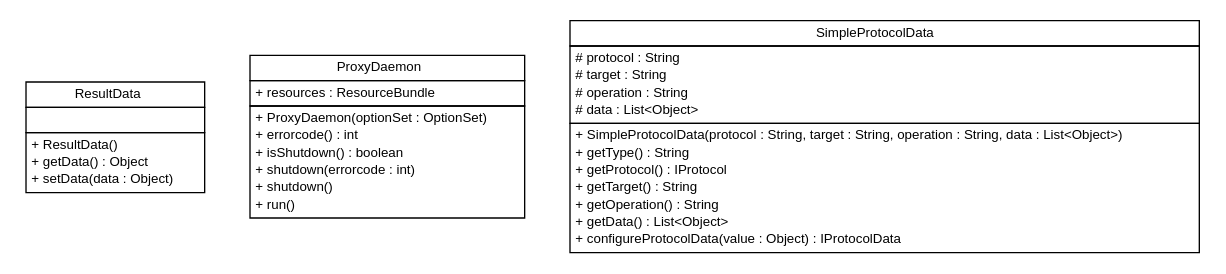
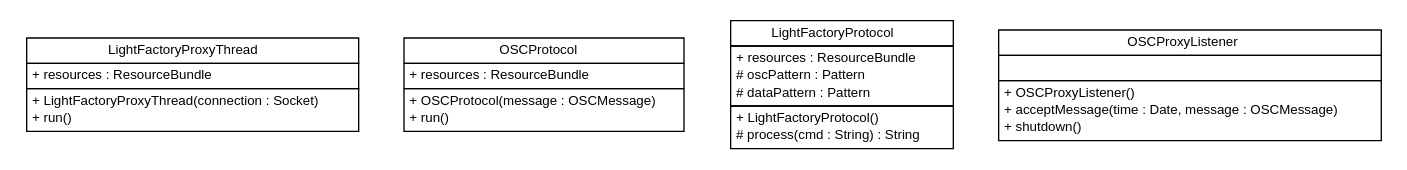
One commit to pcross616/lf-osc-proxy changed the diagram in apidocs/com/xley/lfosc/impl/com.xley.lfosc.impl.dot. Above: the diagram before and after it, drawn with Graphviz. The commit also changed 400 other files, not shown here.

```diff
--- a/apidocs/com/xley/lfosc/impl/com.xley.lfosc.impl.dot
+++ b/apidocs/com/xley/lfosc/impl/com.xley.lfosc.impl.dot
@@ -1,64 +1,67 @@
 #!/usr/local/bin/dot
 #
 # Class diagram 
 # Generated by UMLGraph version R5_6 (http://www.umlgraph.org/)
 #
 
 digraph G {
 	edge [fontname="Helvetica",fontsize=10,labelfontname="Helvetica",labelfontsize=10];
 	node [fontname="Helvetica",fontsize=10,shape=plaintext];
 	nodesep=0.25;
 	ranksep=0.5;
-	// com.xley.lfosc.impl.ResultData
-	c239 [label=<<table title="com.xley.lfosc.impl.ResultData" border="0" cellborder="1" cellspacing="0" cellpadding="2" port="p" href="./ResultData.html">
+	// com.xley.lfosc.impl.LightFactoryProxyThread
+	c9 [label=<<table title="com.xley.lfosc.impl.LightFactoryProxyThread" border="0" cellborder="1" cellspacing="0" cellpadding="2" port="p" href="./LightFactoryProxyThread.html">
 		<tr><td><table border="0" cellspacing="0" cellpadding="1">
-<tr><td align="center" balign="center"> ResultData </td></tr>
+<tr><td align="center" balign="center"> LightFactoryProxyThread </td></tr>
+		</table></td></tr>
+		<tr><td><table border="0" cellspacing="0" cellpadding="1">
+<tr><td align="left" balign="left"> + resources : ResourceBundle </td></tr>
+		</table></td></tr>
+		<tr><td><table border="0" cellspacing="0" cellpadding="1">
+<tr><td align="left" balign="left"> + LightFactoryProxyThread(connection : Socket) </td></tr>
+<tr><td align="left" balign="left"> + run() </td></tr>
+		</table></td></tr>
+		</table>>, URL="./LightFactoryProxyThread.html", fontname="Helvetica", fontcolor="black", fontsize=10.0];
+	// com.xley.lfosc.impl.OSCProtocol
+	c10 [label=<<table title="com.xley.lfosc.impl.OSCProtocol" border="0" cellborder="1" cellspacing="0" cellpadding="2" port="p" href="./OSCProtocol.html">
+		<tr><td><table border="0" cellspacing="0" cellpadding="1">
+<tr><td align="center" balign="center"> OSCProtocol </td></tr>
+		</table></td></tr>
+		<tr><td><table border="0" cellspacing="0" cellpadding="1">
+<tr><td align="left" balign="left"> + resources : ResourceBundle </td></tr>
+		</table></td></tr>
+		<tr><td><table border="0" cellspacing="0" cellpadding="1">
+<tr><td align="left" balign="left"> + OSCProtocol(message : OSCMessage) </td></tr>
+<tr><td align="left" balign="left"> + run() </td></tr>
+		</table></td></tr>
+		</table>>, URL="./OSCProtocol.html", fontname="Helvetica", fontcolor="black", fontsize=10.0];
+	// com.xley.lfosc.impl.LightFactoryProtocol
+	c11 [label=<<table title="com.xley.lfosc.impl.LightFactoryProtocol" border="0" cellborder="1" cellspacing="0" cellpadding="2" port="p" href="./LightFactoryProtocol.html">
+		<tr><td><table border="0" cellspacing="0" cellpadding="1">
+<tr><td align="center" balign="center"> LightFactoryProtocol </td></tr>
+		</table></td></tr>
+		<tr><td><table border="0" cellspacing="0" cellpadding="1">
+<tr><td align="left" balign="left"> + resources : ResourceBundle </td></tr>
+<tr><td align="left" balign="left"> # oscPattern : Pattern </td></tr>
+<tr><td align="left" balign="left"> # dataPattern : Pattern </td></tr>
+		</table></td></tr>
+		<tr><td><table border="0" cellspacing="0" cellpadding="1">
+<tr><td align="left" balign="left"> + LightFactoryProtocol() </td></tr>
+<tr><td align="left" balign="left"> # process(cmd : String) : String </td></tr>
+		</table></td></tr>
+		</table>>, URL="./LightFactoryProtocol.html", fontname="Helvetica", fontcolor="black", fontsize=10.0];
+	// com.xley.lfosc.impl.OSCProxyListener
+	c12 [label=<<table title="com.xley.lfosc.impl.OSCProxyListener" border="0" cellborder="1" cellspacing="0" cellpadding="2" port="p" href="./OSCProxyListener.html">
+		<tr><td><table border="0" cellspacing="0" cellpadding="1">
+<tr><td align="center" balign="center"> OSCProxyListener </td></tr>
 		</table></td></tr>
 		<tr><td><table border="0" cellspacing="0" cellpadding="1">
 <tr><td align="left" balign="left">  </td></tr>
 		</table></td></tr>
 		<tr><td><table border="0" cellspacing="0" cellpadding="1">
-<tr><td align="left" balign="left"> + ResultData() </td></tr>
-<tr><td align="left" balign="left"> + getData() : Object </td></tr>
-<tr><td align="left" balign="left"> + setData(data : Object) </td></tr>
+<tr><td align="left" balign="left"> + OSCProxyListener() </td></tr>
+<tr><td align="left" balign="left"> + acceptMessage(time : Date, message : OSCMessage) </td></tr>
+<tr><td align="left" balign="left"> + shutdown() </td></tr>
 		</table></td></tr>
-		</table>>, URL="./ResultData.html", fontname="Helvetica", fontcolor="black", fontsize=10.0];
-	// com.xley.lfosc.impl.ProxyDaemon
-	c240 [label=<<table title="com.xley.lfosc.impl.ProxyDaemon" border="0" cellborder="1" cellspacing="0" cellpadding="2" port="p" href="./ProxyDaemon.html">
-		<tr><td><table border="0" cellspacing="0" cellpadding="1">
-<tr><td align="center" balign="center"> ProxyDaemon </td></tr>
-		</table></td></tr>
-		<tr><td><table border="0" cellspacing="0" cellpadding="1">
-<tr><td align="left" balign="left"> + resources : ResourceBundle </td></tr>
-		</table></td></tr>
-		<tr><td><table border="0" cellspacing="0" cellpadding="1">
-<tr><td align="left" balign="left"> + ProxyDaemon(optionSet : OptionSet) </td></tr>
-<tr><td align="left" balign="left"> + errorcode() : int </td></tr>
-<tr><td align="left" balign="left"> + isShutdown() : boolean </td></tr>
-<tr><td align="left" balign="left"> + shutdown(errorcode : int) </td></tr>
-<tr><td align="left" balign="left"> + shutdown() </td></tr>
-<tr><td align="left" balign="left"> + run() </td></tr>
-		</table></td></tr>
-		</table>>, URL="./ProxyDaemon.html", fontname="Helvetica", fontcolor="black", fontsize=10.0];
-	// com.xley.lfosc.impl.SimpleProtocolData
-	c241 [label=<<table title="com.xley.lfosc.impl.SimpleProtocolData" border="0" cellborder="1" cellspacing="0" cellpadding="2" port="p" href="./SimpleProtocolData.html">
-		<tr><td><table border="0" cellspacing="0" cellpadding="1">
-<tr><td align="center" balign="center"> SimpleProtocolData </td></tr>
-		</table></td></tr>
-		<tr><td><table border="0" cellspacing="0" cellpadding="1">
-<tr><td align="left" balign="left"> # protocol : String </td></tr>
-<tr><td align="left" balign="left"> # target : String </td></tr>
-<tr><td align="left" balign="left"> # operation : String </td></tr>
-<tr><td align="left" balign="left"> # data : List&lt;Object&gt; </td></tr>
-		</table></td></tr>
-		<tr><td><table border="0" cellspacing="0" cellpadding="1">
-<tr><td align="left" balign="left"> + SimpleProtocolData(protocol : String, target : String, operation : String, data : List&lt;Object&gt;) </td></tr>
-<tr><td align="left" balign="left"> + getType() : String </td></tr>
-<tr><td align="left" balign="left"> + getProtocol() : IProtocol </td></tr>
-<tr><td align="left" balign="left"> + getTarget() : String </td></tr>
-<tr><td align="left" balign="left"> + getOperation() : String </td></tr>
-<tr><td align="left" balign="left"> + getData() : List&lt;Object&gt; </td></tr>
-<tr><td align="left" balign="left"> + configureProtocolData(value : Object) : IProtocolData </td></tr>
-		</table></td></tr>
-		</table>>, URL="./SimpleProtocolData.html", fontname="Helvetica", fontcolor="black", fontsize=10.0];
+		</table>>, URL="./OSCProxyListener.html", fontname="Helvetica", fontcolor="black", fontsize=10.0];
 }
```
